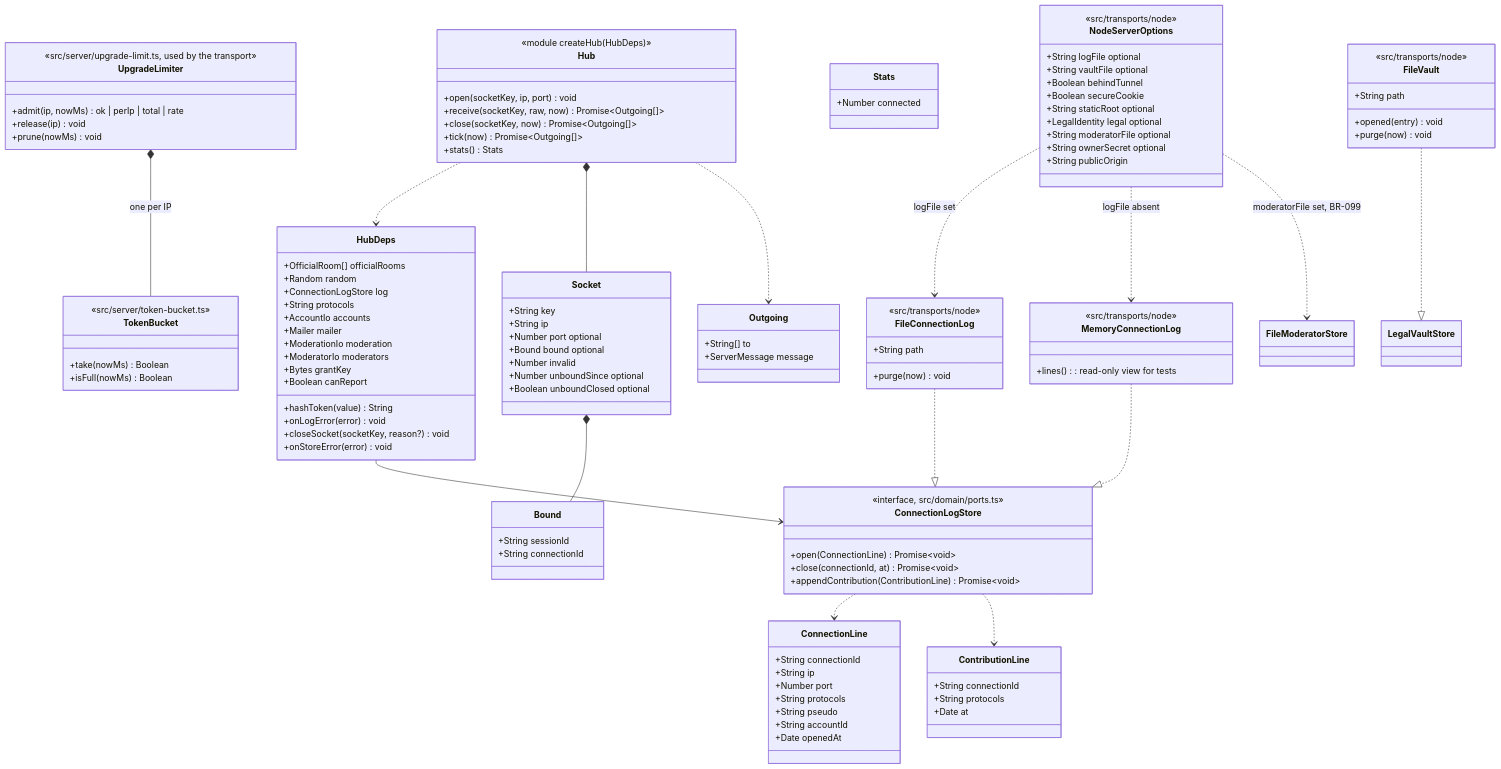
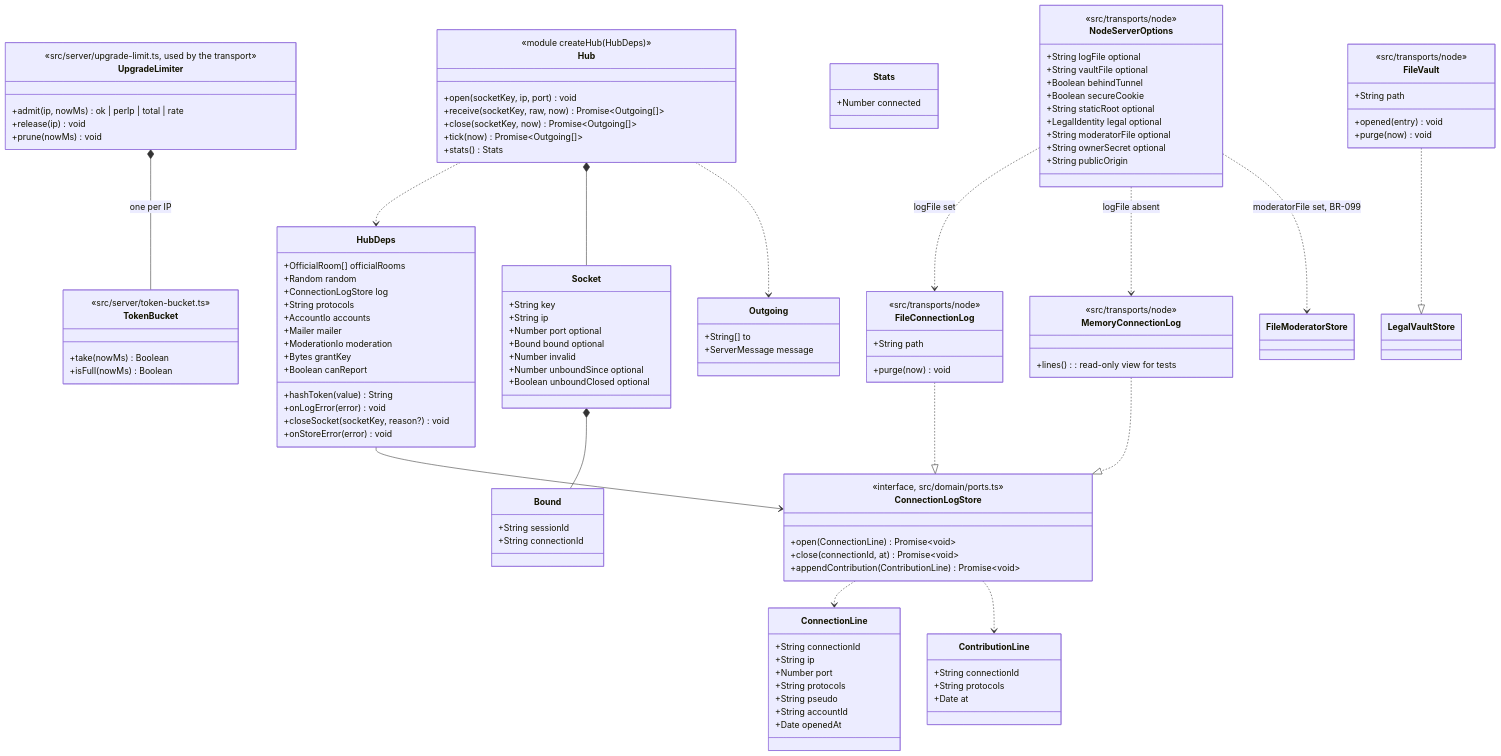
One commit to benoit-bremaud/asv changed the first of 2 diagrams in docs/architecture/diagrams/platform/04c-class-server-hub.md. Above: the diagram before and after it, drawn with Mermaid. The commit also changed other lines of this file and 50 other files, not shown here.

```diff
--- a/docs/architecture/diagrams/platform/04c-class-server-hub.md
+++ b/docs/architecture/diagrams/platform/04c-class-server-hub.md
@@ -37,7 +37,6 @@
     +Mailer mailer
     +onStoreError(error) void
     +ModerationIo moderation
-    +ModeratorIo moderators
     +Bytes grantKey
     +Boolean canReport
   }
```
